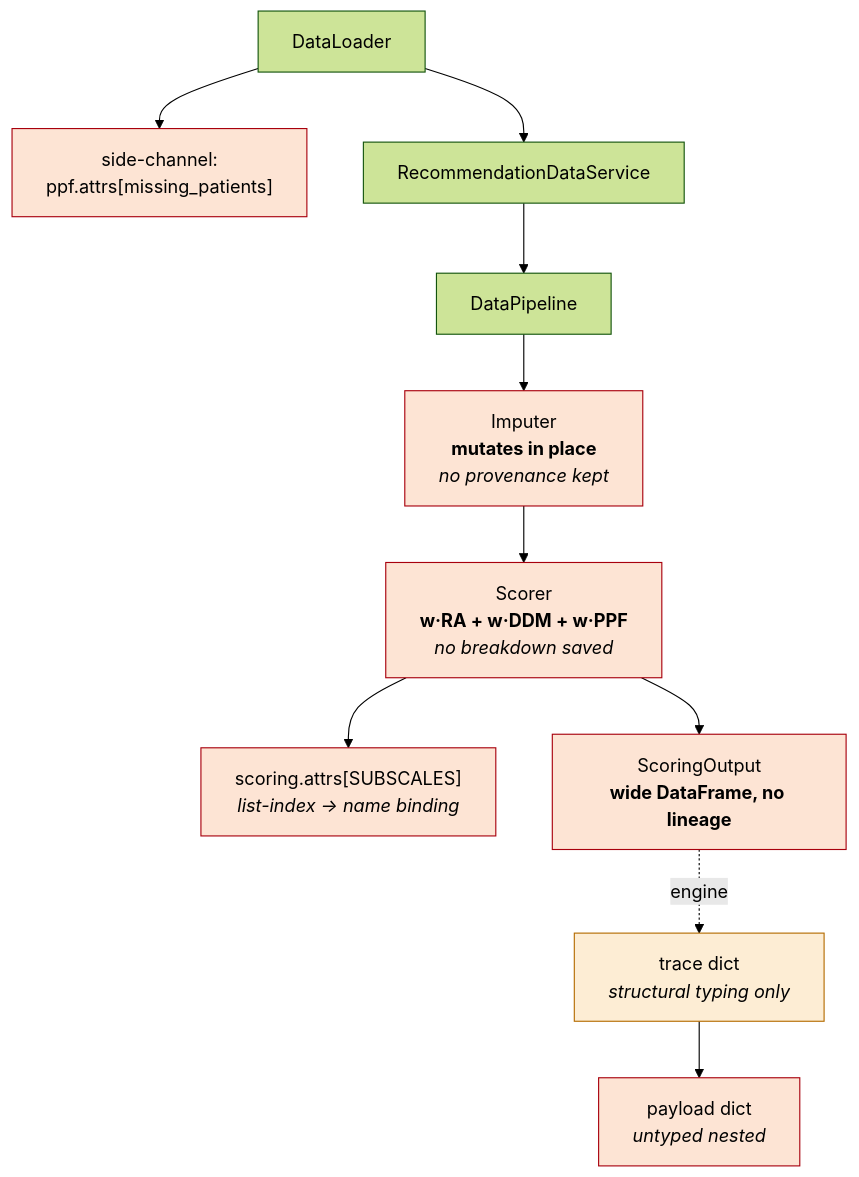
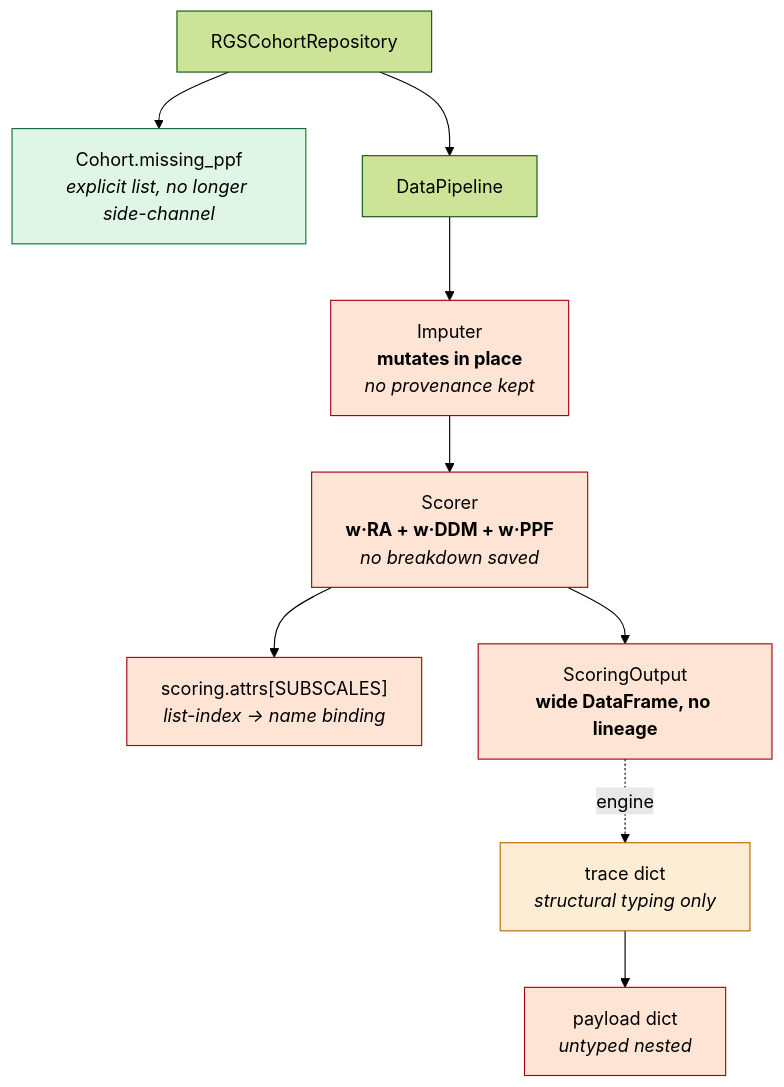
One commit to dabadav/ai-cdss changed the fourth of 5 diagrams in docs/dataflow.md. Above: the diagram before and after it, drawn with Mermaid (forest theme). The commit also changed other lines of this file and 23 other files, not shown here.

First line of the commit message:
f5: Repository-pattern data layer + rename engine substrates

````diff
--- a/docs/dataflow.md
+++ b/docs/dataflow.md
@@ -174,30 +156,29 @@
 ```mermaid
 flowchart TD
-    L["DataLoader"]
-    L_ATTRS["side-channel:<br/>ppf.attrs[missing_patients]"]
-    SERV["RecommendationDataService"]
+    REPO["RGSCohortRepository"]
+    COHORT_MISS["Cohort.missing_ppf<br/><i>explicit list, no longer side-channel</i>"]
     PIPE["DataPipeline"]
     IMP["Imputer<br/><b>mutates in place</b><br/><i>no provenance kept</i>"]
     SCORE["Scorer<br/><b>w·RA + w·DDM + w·PPF</b><br/><i>no breakdown saved</i>"]
     ATTRS_SUB["scoring.attrs[SUBSCALES]<br/><i>list-index → name binding</i>"]
     SO["ScoringOutput<br/><b>wide DataFrame, no lineage</b>"]
     TRACE["trace dict<br/><i>structural typing only</i>"]
     PAYLOAD["payload dict<br/><i>untyped nested</i>"]
 
-    L --> L_ATTRS
-    L --> SERV --> PIPE
+    REPO --> COHORT_MISS
+    REPO --> PIPE
     PIPE --> IMP
     IMP --> SCORE
     SCORE --> ATTRS_SUB
     SCORE --> SO
     SO -.engine.-> TRACE
     TRACE --> PAYLOAD
 
-    style L_ATTRS fill:#fde4d4,stroke:#a8000d
+    style COHORT_MISS fill:#dff5e6,stroke:#136f3e
     style IMP fill:#fde4d4,stroke:#a8000d
     style SCORE fill:#fde4d4,stroke:#a8000d
     style ATTRS_SUB fill:#fde4d4,stroke:#a8000d
     style SO fill:#fde4d4,stroke:#a8000d
     style TRACE fill:#fdedd4,stroke:#b46b00
     style PAYLOAD fill:#fde4d4,stroke:#a8000d
 ```
````
